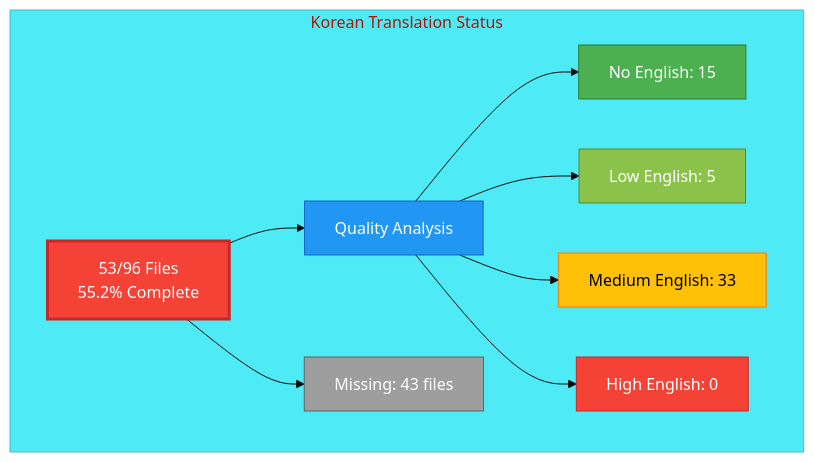
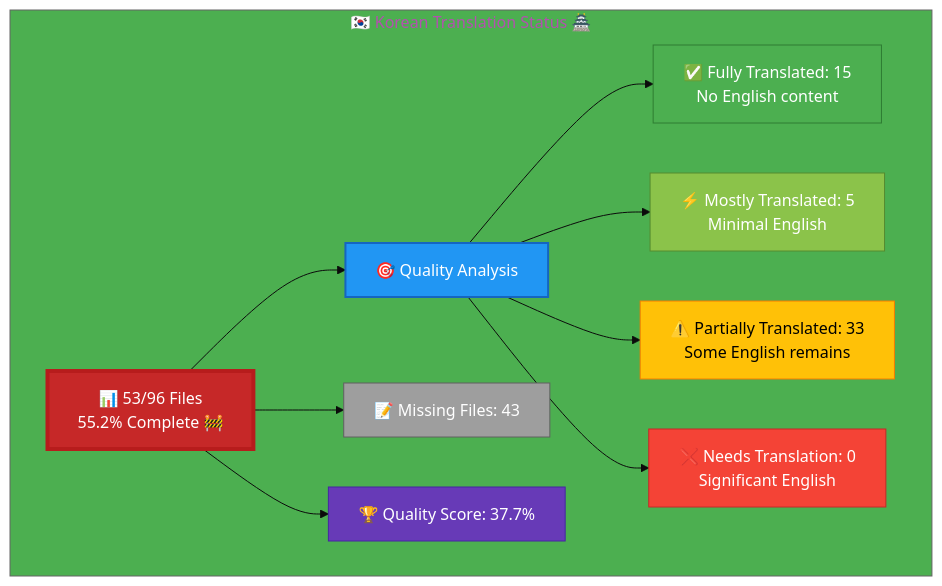
Before and after one commit to Hack23/homepage: the diagram in Korean-Translation-Status.md, drawn with Mermaid. The commit also changed other lines of this file and 26 other files, not shown here.

Commit message:
Complete validation & enhancement: icons, color-coded Mermaid diagrams, accuracy verified for all 26 files

````diff
--- a/Korean-Translation-Status.md
+++ b/Korean-Translation-Status.md
@@ -11,22 +12,26 @@
 ```mermaid
-%%{init: {'theme':'base', 'themeVariables': { 'primaryColor':'#F44336'}}}%%
+%%{init: {'theme':'base', 'themeVariables': {'primaryColor':'#C62828','secondaryColor':'#2196F3','tertiaryColor':'#4CAF50','fontSize':'16px'}}}%%
 graph TB
-    subgraph "Korean Translation Status"
-        A[53/96 Files<br/>55.2% Complete]
-        A --> B[Quality Analysis]
-        B --> C[No English: 15]
-        B --> D[Low English: 5]
-        B --> E[Medium English: 33]
-        B --> F[High English: 0]
+    subgraph "🇰🇷 Korean Translation Status 🏯"
+        A["📊 53/96 Files<br/>55.2% Complete 🚧"]
         
-        A --> G[Missing: 43 files]
+        A --> B["🎯 Quality Analysis"]
+        B --> C["✅ Fully Translated: 15<br/>No English content"]
+        B --> D["⚡ Mostly Translated: 5<br/>Minimal English"]
+        B --> E["⚠️  Partially Translated: 33<br/>Some English remains"]
+        B --> F["❌ Needs Translation: 0<br/>Significant English"]
         
-        style A fill:#F44336,stroke:#C62828,color:#fff,stroke-width:3px
-        style B fill:#2196F3,stroke:#1565C0,color:#fff
+        A --> G["📝 Missing Files: 43"]
+        
+        A --> H["🏆 Quality Score: 37.7%"]
+        
+        style A fill:#C62828,stroke:#B71C1C,color:#fff,stroke-width:4px
+        style B fill:#2196F3,stroke:#1565C0,color:#fff,stroke-width:2px
         style C fill:#4CAF50,stroke:#2E7D32,color:#fff
         style D fill:#8BC34A,stroke:#558B2F,color:#fff
         style E fill:#FFC107,stroke:#F57C00,color:#000
         style F fill:#F44336,stroke:#C62828,color:#fff
         style G fill:#9E9E9E,stroke:#616161,color:#fff
+        style H fill:#673AB7,stroke:#4527A0,color:#fff
     end
 ```
````
